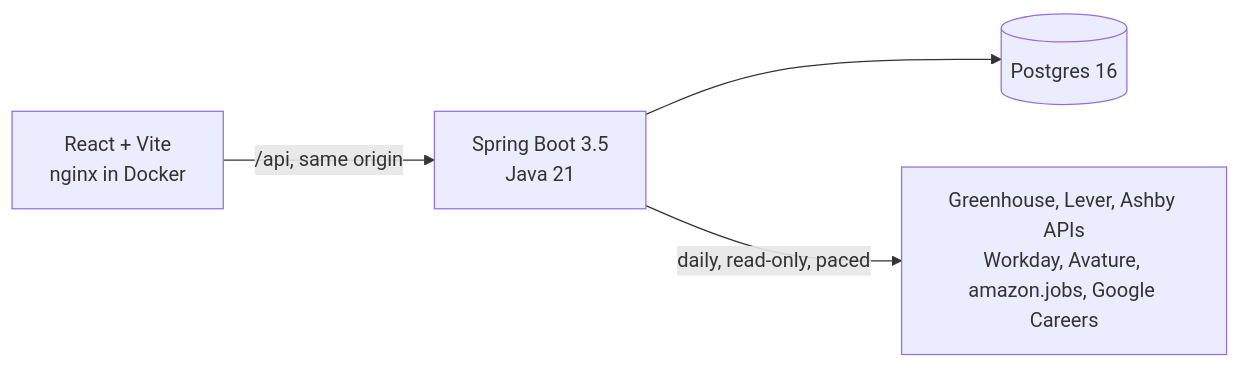
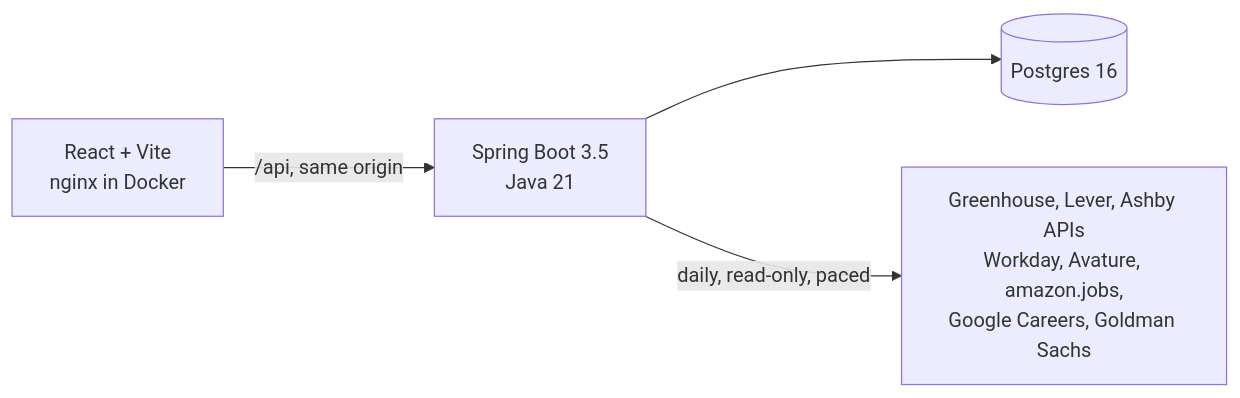
Before and after one commit to TechByChibuzo/job-search-assistant: the diagram in README.md, drawn with Mermaid. The commit also changed other lines of this file and 3 other files, not shown here.

First line of the commit message:
docs: Goldman Sachs source and job-alert email import on the roadmap

````diff
--- a/README.md
+++ b/README.md
@@ -36,6 +37,6 @@
 ```mermaid
 flowchart LR
     web[React + Vite<br/>nginx in Docker] -->|/api, same origin| api[Spring Boot 3.5<br/>Java 21]
     api --> db[(Postgres 16)]
-    api -->|daily, read-only, paced| feeds[Greenhouse, Lever, Ashby APIs<br/>Workday, Avature, amazon.jobs, Google Careers]
+    api -->|daily, read-only, paced| feeds[Greenhouse, Lever, Ashby APIs<br/>Workday, Avature, amazon.jobs,<br/>Google Careers, Goldman Sachs]
 ```
````
